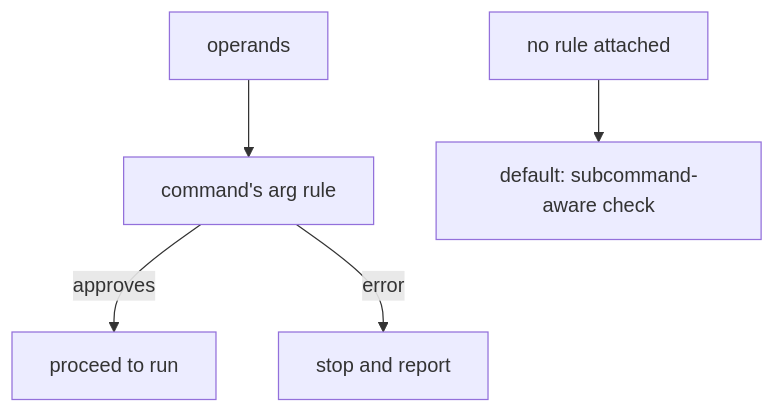
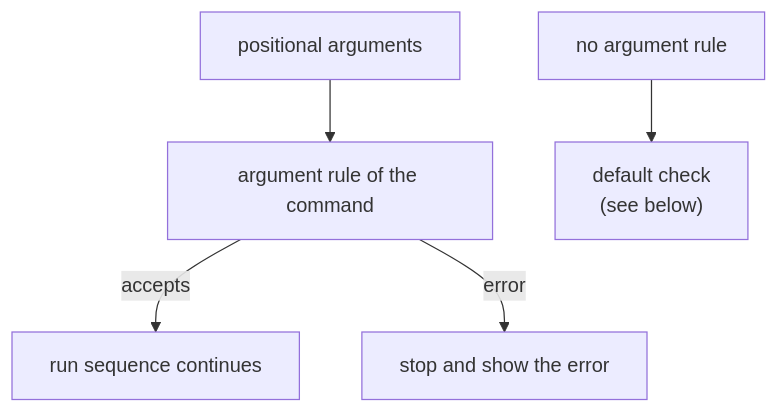
One commit to KeunwooPark/cluedoc changed the second of 4 diagrams in docs/examples/cobra/.cluedoc/argument-validation/README.md. Above: the diagram before and after it, drawn with Mermaid. The commit also changed other lines of this file and 22 other files, not shown here.

````diff
--- a/docs/examples/cobra/.cluedoc/argument-validation/README.md
+++ b/docs/examples/cobra/.cluedoc/argument-validation/README.md
@@ -40,7 +39,8 @@
 ```mermaid
 flowchart TD
-    A["operands"] --> B["command's arg rule"]
-    B -->|approves| C["proceed to run"]
-    B -->|error| D["stop and report"]
-    E["no rule attached"] --> F["default: subcommand-aware check"]
+    A["positional arguments"] --> B["argument rule of the command"]
+    B -->|"accepts"| C["run sequence continues"]
+    B -->|"error"| D["stop and show the error"]
+    E["no argument rule"] --> F["default check
+    (see below)"]
 ```
````
